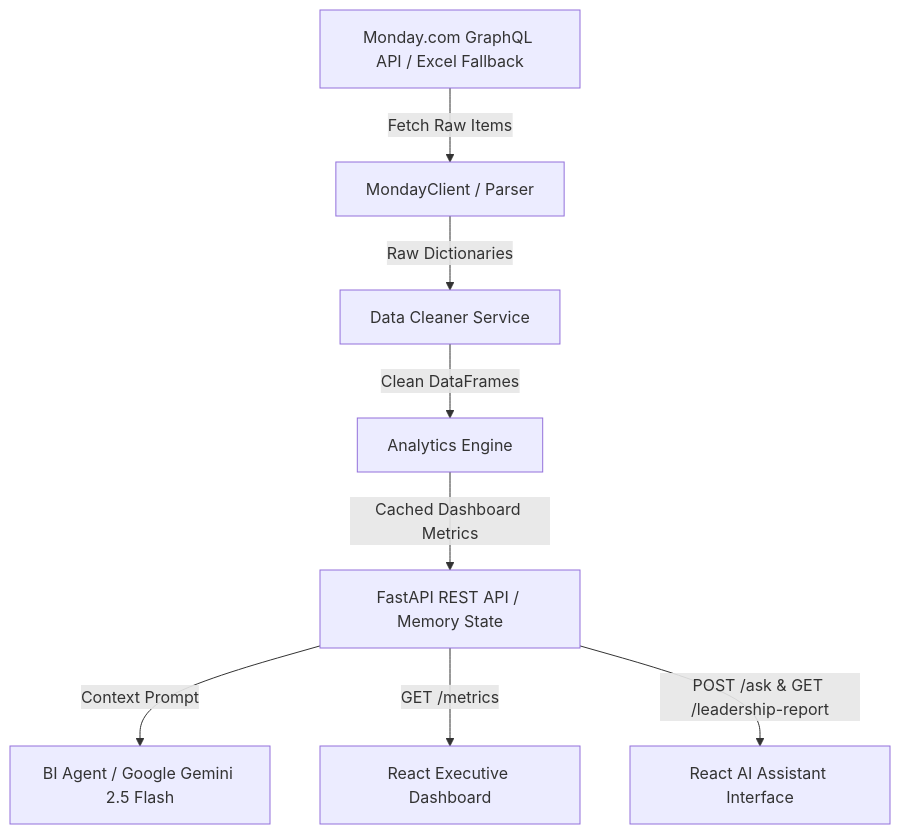
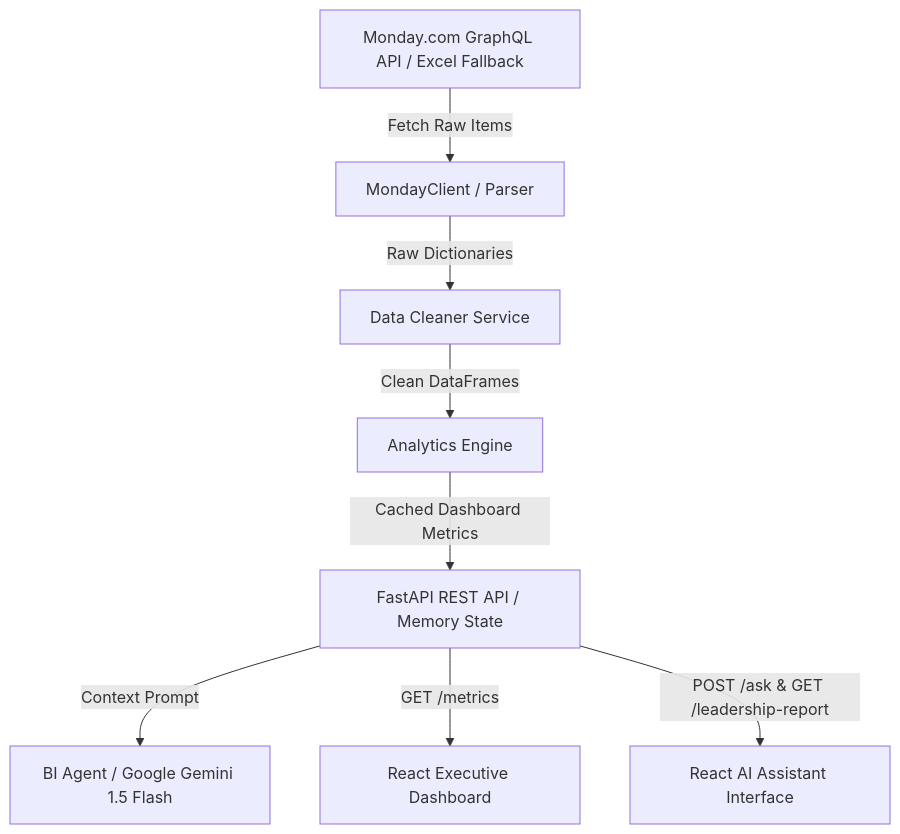
The diagram in README.md (AVINASHGK16/Skylarp-drones-Software-Building-), drawn with Mermaid before and after one commit. The commit also changed other lines of this file and 2 other files, not shown here.

Commit message:
fix: update Gemini default model to stable and globally supported gemini-1.5-flash to resolve 404 NOT_FOUND errors

````diff
--- a/README.md
+++ b/README.md
@@ -19,10 +19,10 @@
 ```mermaid
 graph TD
     A[Monday.com GraphQL API / Excel Fallback] -->|Fetch Raw Items| B[MondayClient / Parser]
     B -->|Raw Dictionaries| C[Data Cleaner Service]
     C -->|Clean DataFrames| D[Analytics Engine]
     D -->|Cached Dashboard Metrics| E[FastAPI REST API / Memory State]
-    E -->|Context Prompt| F[BI Agent / Google Gemini 2.5 Flash]
+    E -->|Context Prompt| F[BI Agent / Google Gemini 1.5 Flash]
     E -->|GET /metrics| G[React Executive Dashboard]
     E -->|POST /ask & GET /leadership-report| H[React AI Assistant Interface]
 ```
````
